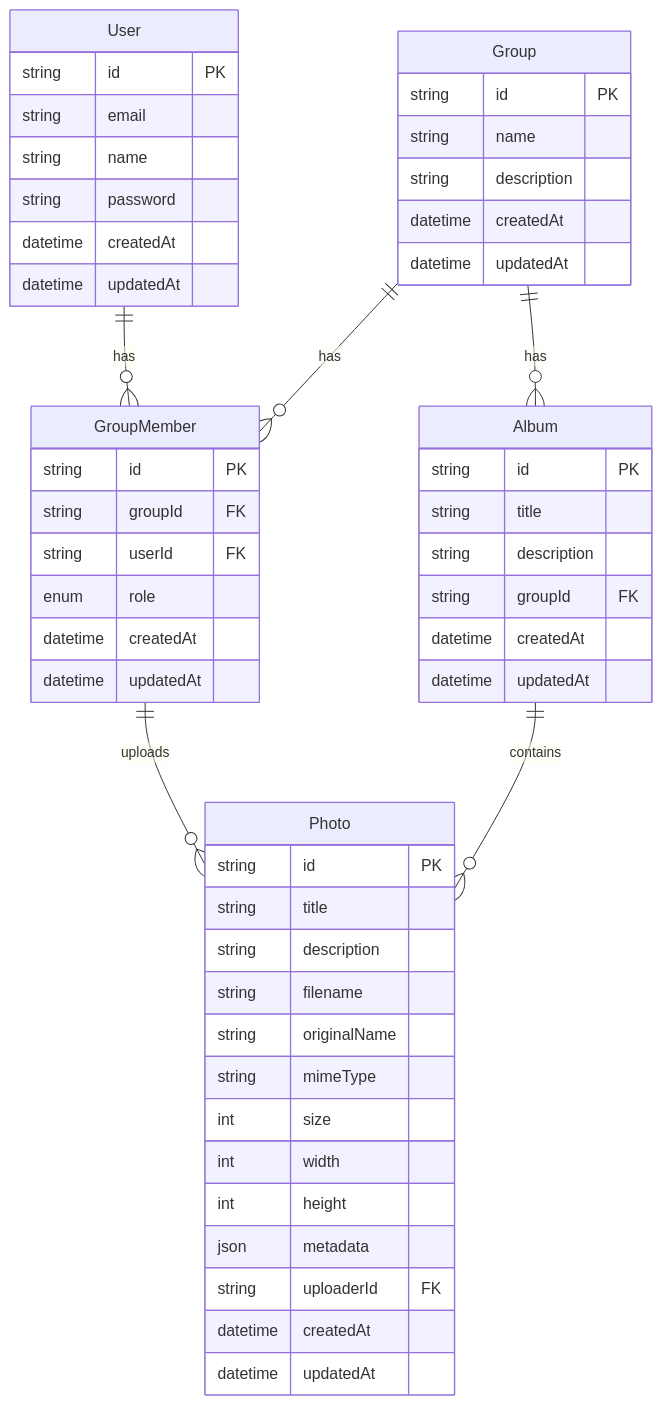
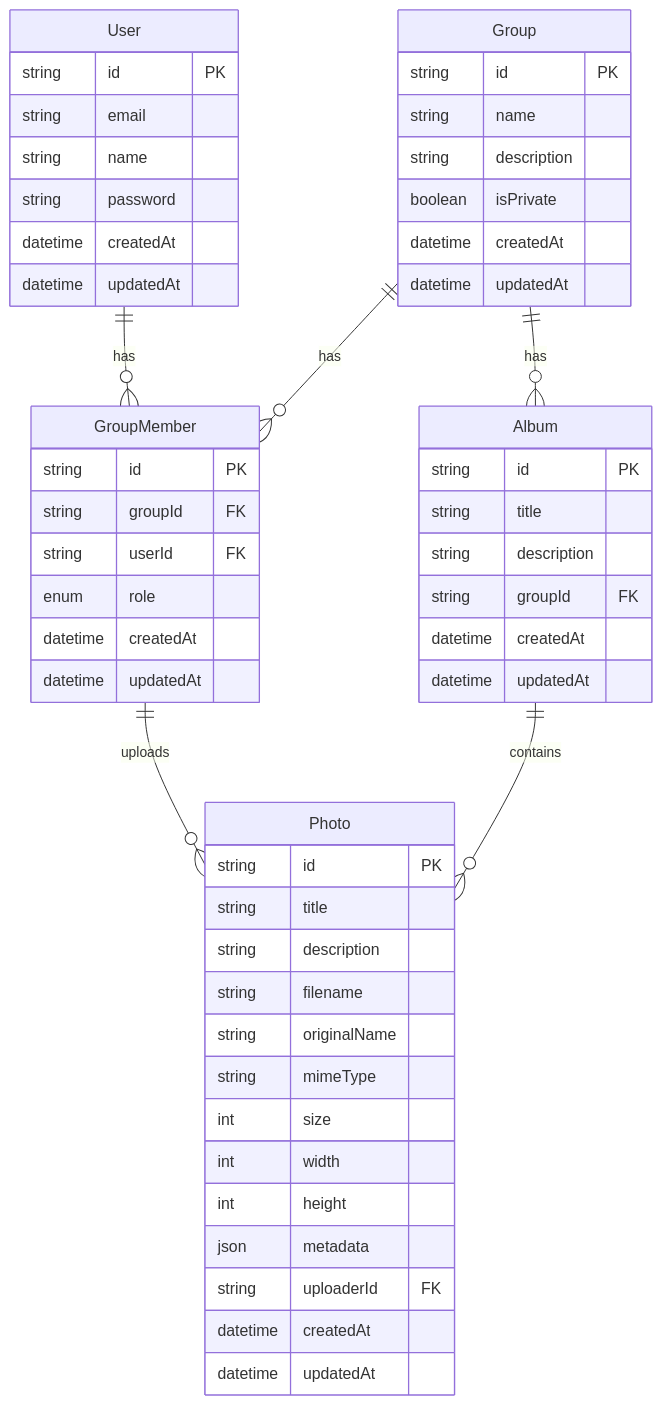
One commit to sano-suguru/photo-ring changed the diagram in docs/diagrams/er.mmd. Above: the diagram before and after it, drawn with Mermaid. The commit also changed other lines of this file, not shown here.

Commit message:
ER図にプライベートグループフラグを追加

```diff
--- a/docs/diagrams/er.mmd
+++ b/docs/diagrams/er.mmd
@@ -1,57 +1,58 @@
 erDiagram
     User {
         string id PK
         string email
         string name
         string password
         datetime createdAt
         datetime updatedAt
     }
 
     Group {
         string id PK
         string name
         string description
+        boolean isPrivate
         datetime createdAt
         datetime updatedAt
     }
 
     GroupMember {
         string id PK
         string groupId FK
         string userId FK
         enum role
         datetime createdAt
         datetime updatedAt
     }
 
     Album {
         string id PK
         string title
         string description
         string groupId FK
         datetime createdAt
         datetime updatedAt
     }
 
     Photo {
         string id PK
         string title
         string description
         string filename
         string originalName
         string mimeType
         int size
         int width
         int height
         json metadata
         string uploaderId FK
         datetime createdAt
         datetime updatedAt
     }
 
     User ||--o{ GroupMember : "has"
     Group ||--o{ GroupMember : "has"
     Group ||--o{ Album : "has"
     GroupMember ||--o{ Photo : "uploads"
     Album ||--o{ Photo : "contains"
```
